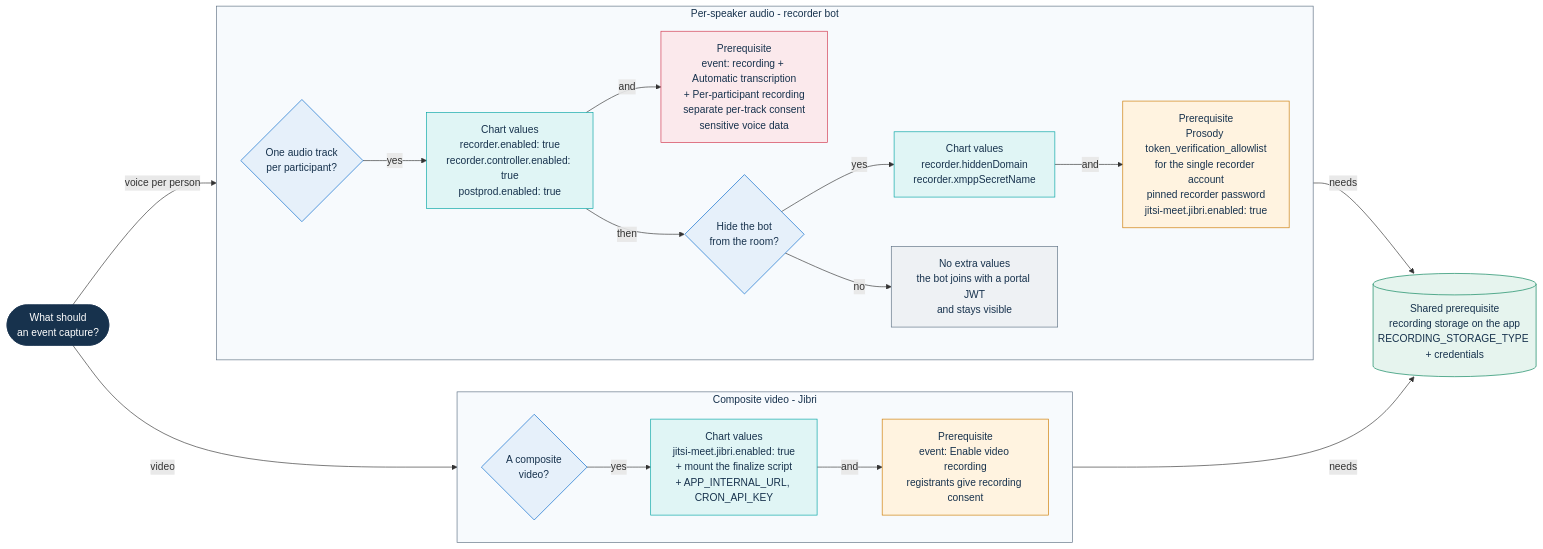
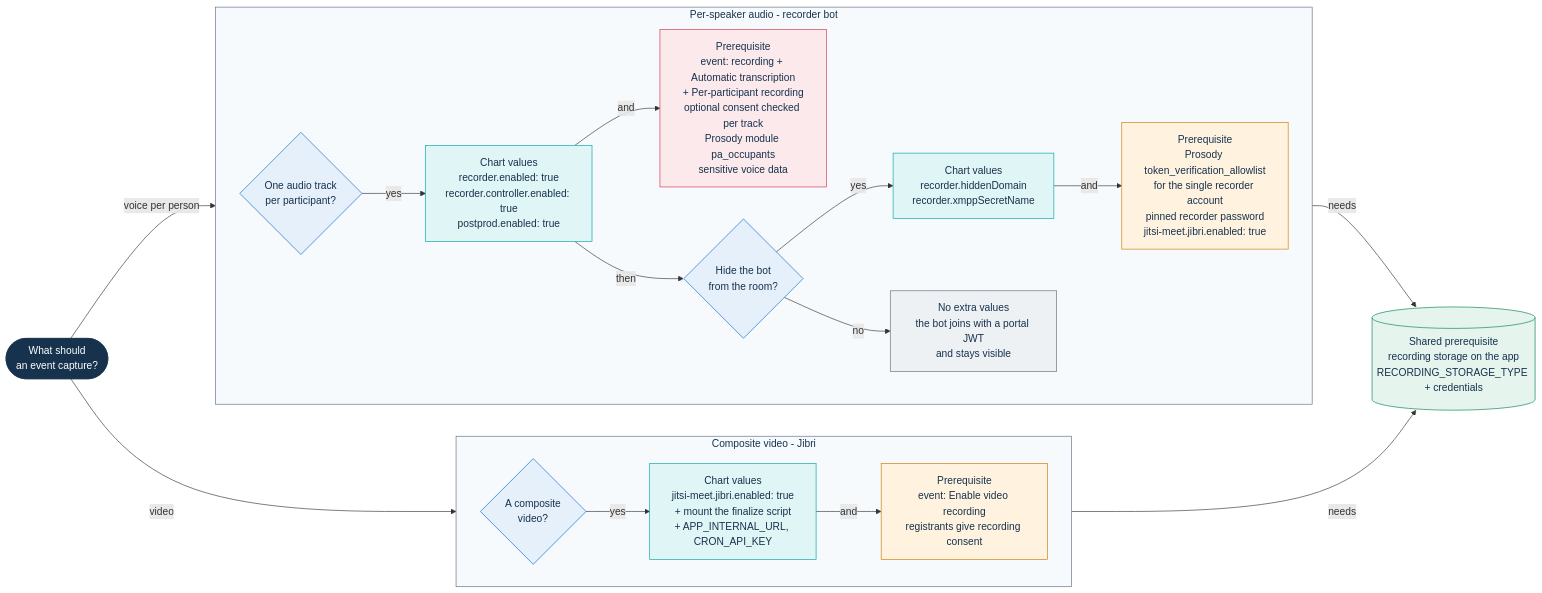
One commit to italia/pa-webinar changed the diagram in docs/operations/recording-setup.md. Above: the diagram before and after it, drawn with Mermaid. The commit also changed other lines of this file and 31 other files, not shown here.

````diff
--- a/docs/operations/recording-setup.md
+++ b/docs/operations/recording-setup.md
@@ -51,55 +51,55 @@
 ```mermaid
 flowchart LR
     START(["What should<br/>an event capture?"])
 
     subgraph VIDEO["Composite video - Jibri"]
         direction LR
         Q1{"A composite<br/>video?"}
         V1["Chart values<br/>jitsi-meet.jibri.enabled: true<br/>+ mount the finalize script<br/>+ APP_INTERNAL_URL, CRON_API_KEY"]
         P1["Prerequisite<br/>event: Enable video recording<br/>registrants give recording consent"]
         Q1 -- "yes" --> V1
         V1 -- "and" --> P1
     end
 
     subgraph AUDIO["Per-speaker audio - recorder bot"]
         direction LR
         Q2{"One audio track<br/>per participant?"}
         V2["Chart values<br/>recorder.enabled: true<br/>recorder.controller.enabled: true<br/>postprod.enabled: true"]
-        P2["Prerequisite<br/>event: recording + Automatic transcription<br/>+ Per-participant recording<br/>separate per-track consent<br/>sensitive voice data"]
+        P2["Prerequisite<br/>event: recording + Automatic transcription<br/>+ Per-participant recording<br/>optional consent checked per track<br/>Prosody module pa_occupants<br/>sensitive voice data"]
         Q3{"Hide the bot<br/>from the room?"}
         V3["Chart values<br/>recorder.hiddenDomain<br/>recorder.xmppSecretName"]
         P3["Prerequisite<br/>Prosody token_verification_allowlist<br/>for the single recorder account<br/>pinned recorder password<br/>jitsi-meet.jibri.enabled: true"]
         V4["No extra values<br/>the bot joins with a portal JWT<br/>and stays visible"]
         Q2 -- "yes" --> V2
         V2 -- "and" --> P2
         V2 -- "then" --> Q3
         Q3 -- "yes" --> V3
         V3 -- "and" --> P3
         Q3 -- "no" --> V4
     end
 
     P0[("Shared prerequisite<br/>recording storage on the app<br/>RECORDING_STORAGE_TYPE + credentials")]
 
     START -- "video" --> Q1
     START -- "voice per person" --> Q2
     V1 -- "needs" --> P0
     V2 -- "needs" --> P0
 
     classDef start fill:#17324D,stroke:#17324D,color:#FFFFFF
     classDef question fill:#E6F0FA,stroke:#0066CC,color:#17324D
     classDef value fill:#E0F5F5,stroke:#00A3A3,color:#17324D
     classDef plain fill:#EEF1F4,stroke:#5C6F82,color:#17324D
     classDef shared fill:#E6F4EE,stroke:#008055,color:#17324D
     classDef caution fill:#FFF3E0,stroke:#CC7A00,color:#17324D
     classDef risk fill:#FBE9EC,stroke:#D1344C,color:#17324D
 
     class START start
     class Q1,Q2,Q3 question
     class V1,V2,V3 value
     class V4 plain
     class P0 shared
     class P1,P3 caution
     class P2 risk
     style VIDEO fill:#F7FAFD,stroke:#5C6F82,color:#17324D
     style AUDIO fill:#F7FAFD,stroke:#5C6F82,color:#17324D
 ```
````
